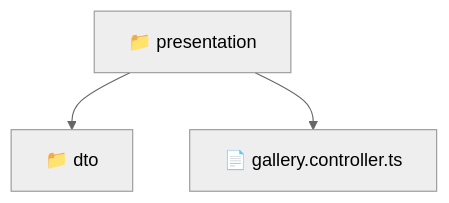
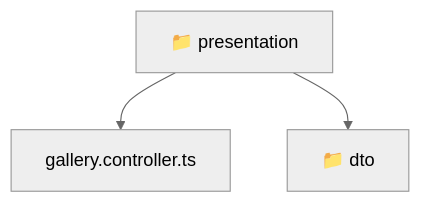
The diagram in backend/src/modules/gallery/presentation/README.md (beginwebdev2002/fullstack-mavluda), drawn with Mermaid (neutral theme) before and after one commit. The commit also changed other lines of this file and 167 other files, not shown here.

````diff
--- a/backend/src/modules/gallery/presentation/README.md
+++ b/backend/src/modules/gallery/presentation/README.md
@@ -9,6 +9,8 @@
 ```mermaid
 graph TD
-  Root["📁 presentation"]
-  Root --> dto["📁 dto"]
-  Root --> gallery_controller_ts["📄 gallery.controller.ts"]
+  Root_presentation["📁 presentation"]
+  f_gallery_controller_ts["gallery.controller.ts"]
+  Root_presentation --> f_gallery_controller_ts
+  f_dto["📁 dto"]
+  Root_presentation --> f_dto
 ```
````
